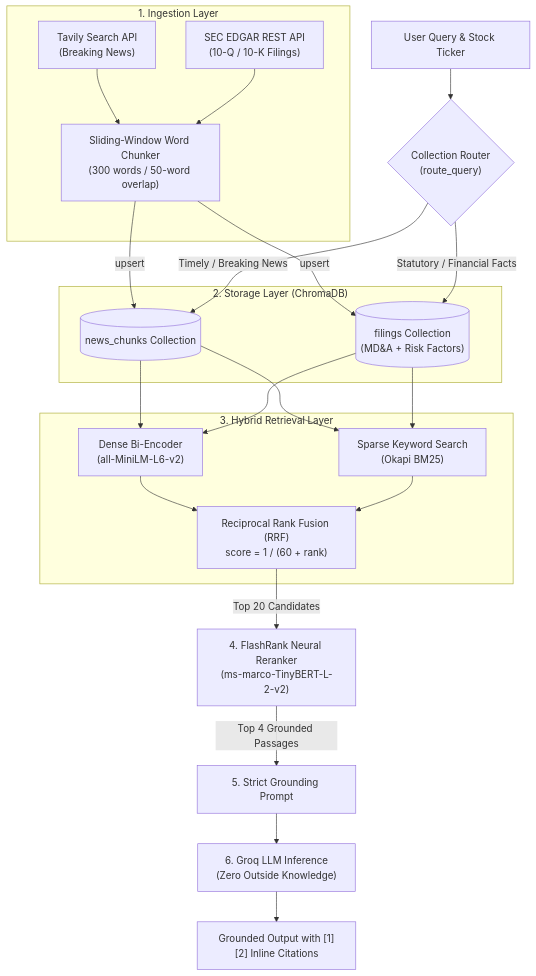
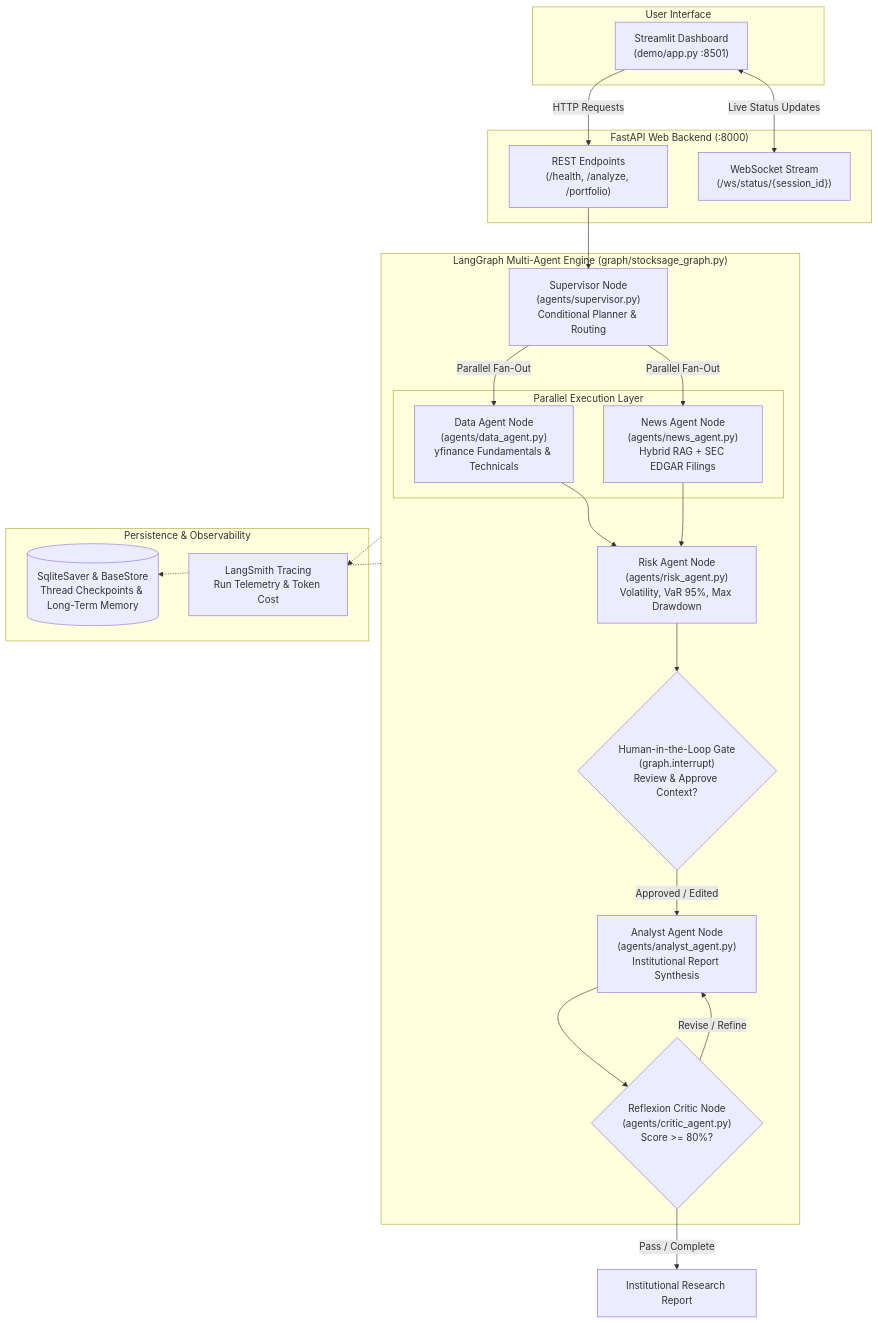
Before and after one commit to sugam24/STOCKSAGE: the diagram in README.md, drawn with Mermaid. The commit also changed other lines of this file, not shown here.

Commit message:
Day 68: README and architecture diagram

````diff
--- a/README.md
+++ b/README.md
@@ -40,40 +53,50 @@
 ```mermaid
 flowchart TD
-    UserQuery["User Query & Stock Ticker"] --> Router{"Collection Router<br/>(route_query)"}
-
-    subgraph IngestionLayer ["1. Ingestion Layer"]
-        Tavily["Tavily Search API<br/>(Breaking News)"]
-        EDGAR["SEC EDGAR REST API<br/>(10-Q / 10-K Filings)"]
-        Chunker["Sliding-Window Word Chunker<br/>(300 words / 50-word overlap)"]
-        Tavily --> Chunker
-        EDGAR --> Chunker
+    subgraph Frontend ["User Interface"]
+        Streamlit["Streamlit Dashboard<br/>(demo/app.py :8501)"]
     end
 
-    subgraph StorageLayer ["2. Storage Layer (ChromaDB)"]
-        NewsCol[("news_chunks Collection")]
-        FilingsCol[("filings Collection<br/>(MD&A + Risk Factors)")]
-        Chunker -->|upsert| NewsCol
-        Chunker -->|upsert| FilingsCol
+    subgraph API ["FastAPI Web Backend (:8000)"]
+        REST["REST Endpoints<br/>(/health, /analyze, /portfolio)"]
+        WS["WebSocket Stream<br/>(/ws/status/{session_id})"]
     end
 
-    Router -->|Timely / Breaking News| NewsCol
-    Router -->|Statutory / Financial Facts| FilingsCol
+    Streamlit -->|HTTP Requests| REST
+    Streamlit <-->|Live Status Updates| WS
 
-    subgraph HybridRetrieval ["3. Hybrid Retrieval Layer"]
-        DenseSearch["Dense Bi-Encoder<br/>(all-MiniLM-L6-v2)"]
-        SparseSearch["Sparse Keyword Search<br/>(Okapi BM25)"]
-        RRF["Reciprocal Rank Fusion (RRF)<br/>score = 1 / (60 + rank)"]
-        DenseSearch --> RRF
-        SparseSearch --> RRF
+    subgraph LangGraph ["LangGraph Multi-Agent Engine (graph/stocksage_graph.py)"]
+        Supervisor["Supervisor Node<br/>(agents/supervisor.py)<br/>Conditional Planner & Routing"]
+        
+        subgraph ParallelExecution ["Parallel Execution Layer"]
+            DataAgent["Data Agent Node<br/>(agents/data_agent.py)<br/>yfinance Fundamentals & Technicals"]
+            NewsAgent["News Agent Node<br/>(agents/news_agent.py)<br/>Hybrid RAG + SEC EDGAR Filings"]
+        end
+
+        RiskAgent["Risk Agent Node<br/>(agents/risk_agent.py)<br/>Volatility, VaR 95%, Max Drawdown"]
+        
+        HITL{"Human-in-the-Loop Gate<br/>(graph.interrupt)<br/>Review & Approve Context?"}
+        
+        AnalystAgent["Analyst Agent Node<br/>(agents/analyst_agent.py)<br/>Institutional Report Synthesis"]
+        
+        CriticAgent{"Reflexion Critic Node<br/>(agents/critic_agent.py)<br/>Score >= 80%?"}
     end
 
-    NewsCol --> DenseSearch
-    NewsCol --> SparseSearch
-    FilingsCol --> DenseSearch
-    FilingsCol --> SparseSearch
+    REST --> Supervisor
+    Supervisor -->|Parallel Fan-Out| DataAgent
+    Supervisor -->|Parallel Fan-Out| NewsAgent
+    DataAgent --> RiskAgent
+    NewsAgent --> RiskAgent
+    RiskAgent --> HITL
+    HITL -->|Approved / Edited| AnalystAgent
+    AnalystAgent --> CriticAgent
+    CriticAgent -->|Revise / Refine| AnalystAgent
 
-    RRF -->|Top 20 Candidates| CrossEncoder["4. FlashRank Neural Reranker<br/>(ms-marco-TinyBERT-L-2-v2)"]
-    CrossEncoder -->|Top 4 Grounded Passages| Prompt["5. Strict Grounding Prompt"]
-    Prompt --> LLM["6. Groq LLM Inference<br/>(Zero Outside Knowledge)"]
-    LLM --> FinalAnswer["Grounded Output with [1][2] Inline Citations"]
+    subgraph StorageAndTelemetry ["Persistence & Observability"]
+        SqliteCheckpointer[("SqliteSaver & BaseStore<br/>Thread Checkpoints & Long-Term Memory")]
+        LangSmith["LangSmith Tracing<br/>Run Telemetry & Token Cost"]
+    end
+
+    CriticAgent -->|Pass / Complete| FinalReport["Institutional Research Report"]
+    LangGraph -.-> SqliteCheckpointer
+    LangGraph -.-> LangSmith
 ```
````
